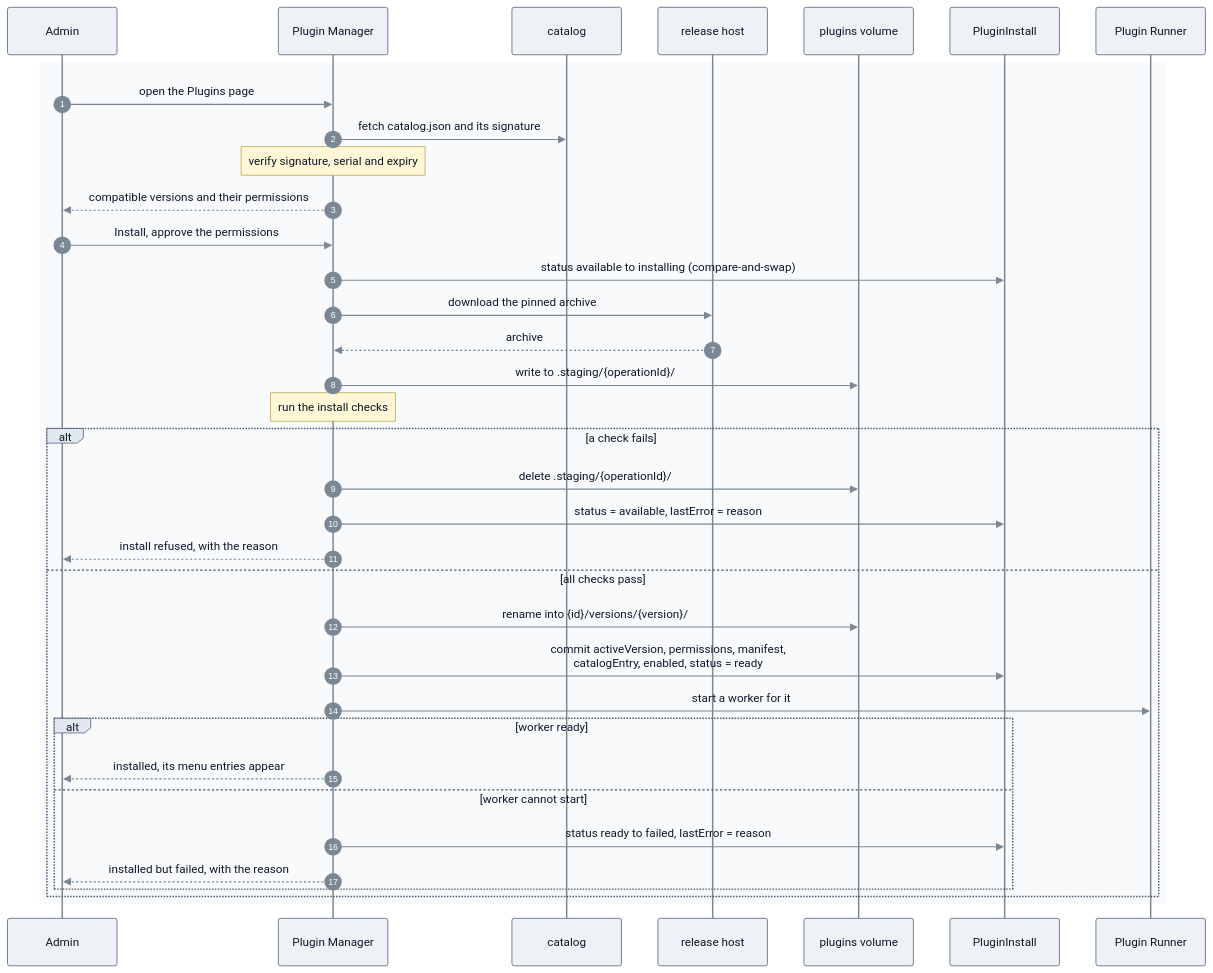
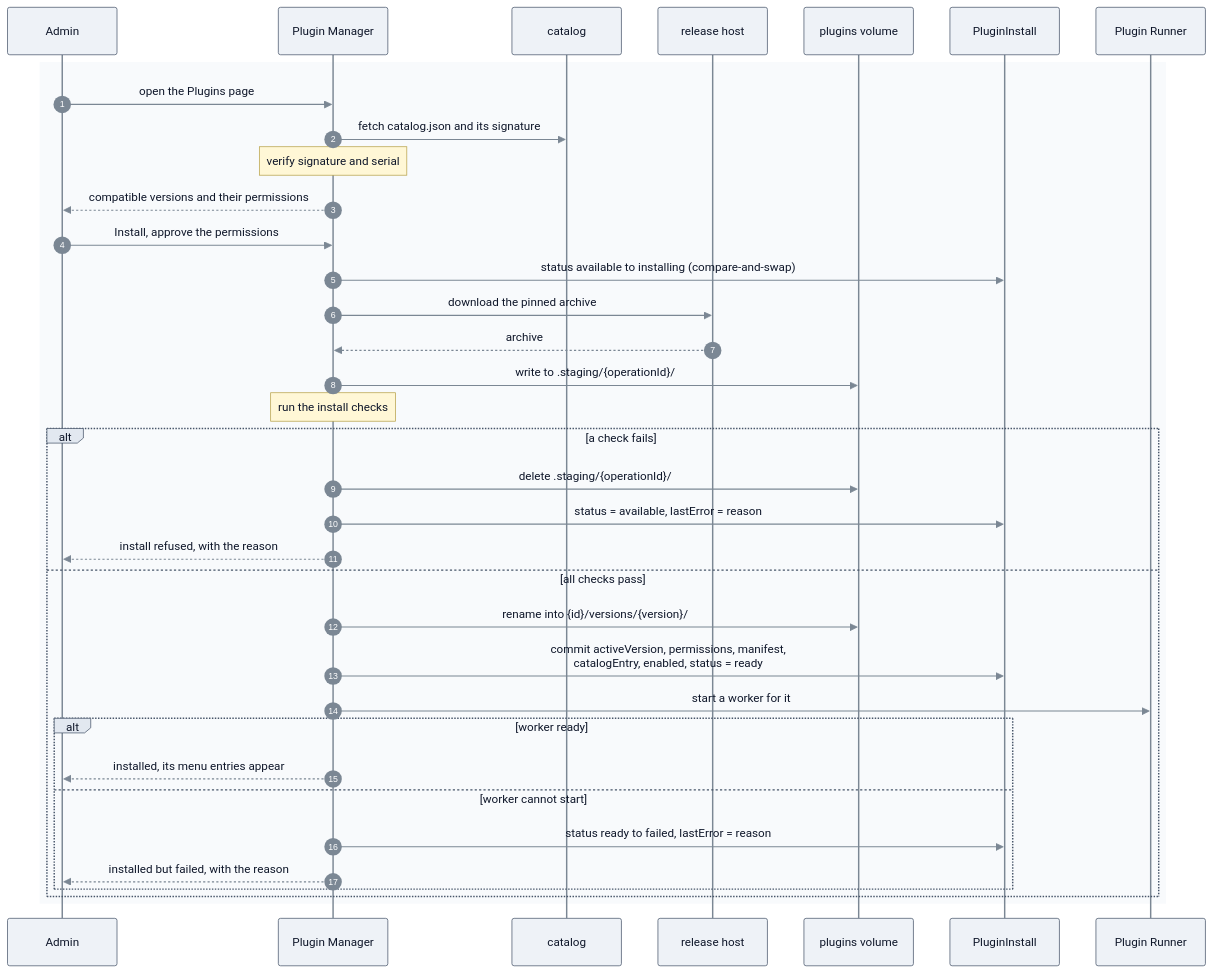
One commit to EntroVyx/redamon changed diagram 11 of 15 in docs/readmes/README.PLUGINS.md. Above: the diagram before and after it, drawn with Mermaid. The commit also changed other lines of this file, not shown here.

````diff
--- a/docs/readmes/README.PLUGINS.md
+++ b/docs/readmes/README.PLUGINS.md
@@ -1210,40 +1219,40 @@
 ```mermaid
 %%{init: {"theme": "base", "themeVariables": {"primaryColor": "#EEF2F7", "primaryTextColor": "#0F172A", "primaryBorderColor": "#475569", "secondaryColor": "#E2E8F0", "tertiaryColor": "#F8FAFC", "lineColor": "#7B8794", "textColor": "#0F172A", "clusterBkg": "#F8FAFC", "clusterBorder": "#94A3B8", "titleColor": "#0F172A", "edgeLabelBackground": "#FFFFFF", "relationLabelBackground": "#FFFFFF", "relationLabelColor": "#0F172A", "attributeBackgroundColorOdd": "#FFFFFF", "attributeBackgroundColorEven": "#F8FAFC", "actorBkg": "#EEF2F7", "actorBorder": "#475569", "actorTextColor": "#0F172A", "actorLineColor": "#7B8794", "signalColor": "#7B8794", "signalTextColor": "#0F172A", "labelBoxBkgColor": "#E2E8F0", "labelBoxBorderColor": "#475569", "labelTextColor": "#0F172A", "loopTextColor": "#0F172A", "noteBkgColor": "#FFF7D6", "noteTextColor": "#0F172A", "noteBorderColor": "#B7A24A", "sequenceNumberColor": "#FFFFFF"}}}%%
 sequenceDiagram
     autonumber
     participant AD as Admin
     participant PM as Plugin Manager
     participant CAT as catalog
     participant REL as release host
     participant VOL as plugins volume
     participant DB as PluginInstall
     participant RUN as Plugin Runner
 
     rect rgb(248, 250, 252)
     AD->>PM: open the Plugins page
     PM->>CAT: fetch catalog.json and its signature
-    Note over PM: verify signature, serial and expiry
+    Note over PM: verify signature and serial
     PM-->>AD: compatible versions and their permissions
     AD->>PM: Install, approve the permissions
     PM->>DB: status available to installing (compare-and-swap)
     PM->>REL: download the pinned archive
     REL-->>PM: archive
     PM->>VOL: write to .staging/{operationId}/
     Note over PM: run the install checks
     alt a check fails
         PM->>VOL: delete .staging/{operationId}/
         PM->>DB: status = available, lastError = reason
         PM-->>AD: install refused, with the reason
     else all checks pass
         PM->>VOL: rename into {id}/versions/{version}/
         PM->>DB: commit activeVersion, permissions, manifest,<br/>catalogEntry, enabled, status = ready
         PM->>RUN: start a worker for it
         alt worker ready
             PM-->>AD: installed, its menu entries appear
         else worker cannot start
             PM->>DB: status ready to failed, lastError = reason
             PM-->>AD: installed but failed, with the reason
         end
     end
     end
 ```
````
